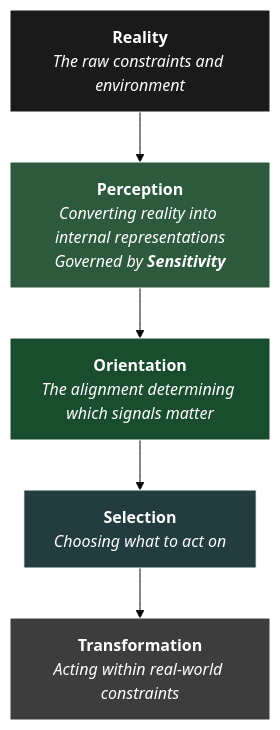
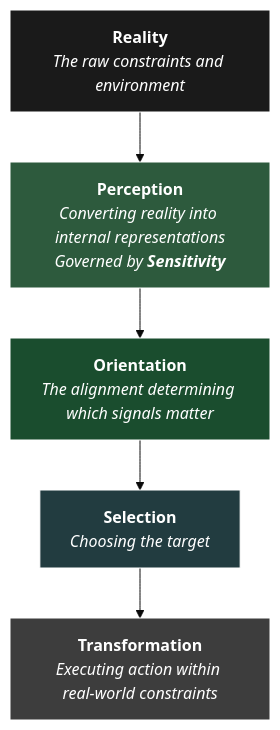
Before and after one commit to Shelbournator/thoughts: the diagram in _posts/2026-03-20-the-translation-problem.md, drawn with Mermaid (base theme). The commit also changed other lines of this file, not shown here.

````diff
--- a/_posts/2026-03-20-the-translation-problem.md
+++ b/_posts/2026-03-20-the-translation-problem.md
@@ -41,14 +36,14 @@
 ```mermaid
 graph TD
     R[<b>Reality</b><br><i>The raw constraints and environment</i>] --> P
     P[<b>Perception</b><br><i>Converting reality into internal representations<br>Governed by <b>Sensitivity</b></i>] --> O
     O[<b>Orientation</b><br><i>The alignment determining which signals matter</i>] --> S
-    S[<b>Selection</b><br><i>Choosing what to act on</i>] --> T
-    T[<b>Transformation</b><br><i>Acting within real-world constraints</i>]
+    S[<b>Selection</b><br><i>Choosing the target</i>] --> T
+    T[<b>Transformation</b><br><i>Executing action within real-world constraints</i>]
 
     style R fill:#1a1a1a,stroke:#fff,color:#fff
     style P fill:#2d5a3d,stroke:#fff,color:#fff
     style O fill:#1a4d2e,stroke:#fff,color:#fff
     style S fill:#223c40,stroke:#fff,color:#fff
     style T fill:#3d3d3d,stroke:#fff,color:#fff
 ```
````
